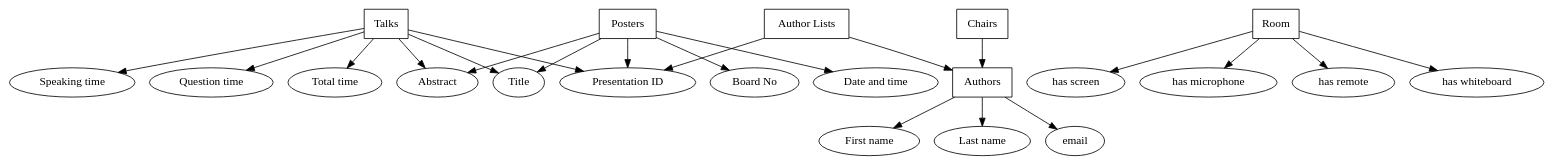
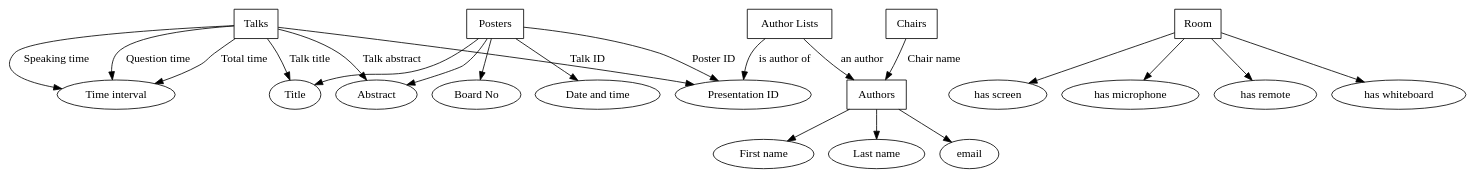
Before and after one commit to Edan97/Demonstration_Dictionary: the diagram in Concept/first_graph.dot, drawn with Graphviz. The commit also changed 1 other file, not shown here.

```diff
--- a/Concept/first_graph.dot
+++ b/Concept/first_graph.dot
@@ -1,29 +1,29 @@
 digraph G {
 "Talks" [shape="box"]
 "Authors" [shape="box"]
 "Posters" [shape="box"]
 "Room" [shape="box"]
 "Chairs" [shape="box"]
 "Author Lists" [shape="box"]
-"Talks" -> "Presentation ID"
-"Talks" -> "Speaking time"
-"Talks" -> "Question time"
-"Talks" -> "Total time"
-"Talks" -> "Title"
-"Talks" -> "Abstract"
-"Author Lists" -> "Authors"
+"Talks" -> "Presentation ID" [label="Talk ID"]
+"Talks" -> "Time interval" [label="Speaking time"]
+"Talks" -> "Time interval" [label="Question time"]
+"Talks" -> "Time interval" [label="Total time"]
+"Talks" -> "Title" [label="Talk title"]
+"Talks" -> "Abstract" [label="Talk abstract"]
+"Author Lists" -> "Authors" [label="an author"]
 "Authors" -> "First name"
 "Authors" -> "Last name"
 "Authors" -> "email"
-"Author Lists" -> "Presentation ID"
-"Chairs" -> "Authors"
-"Posters" -> "Presentation ID"
+"Author Lists" -> "Presentation ID" [label="is author of"]
+"Chairs" -> "Authors" [label="Chair name"]
+"Posters" -> "Presentation ID" [label="Poster ID"]
 "Posters" -> "Board No"
 "Posters" -> "Date and time"
 "Posters" -> "Title"
 "Posters" -> "Abstract"
 "Room" -> "has screen"
 "Room" -> "has microphone"
 "Room" -> "has remote"
 "Room" -> "has whiteboard"
 }
```
